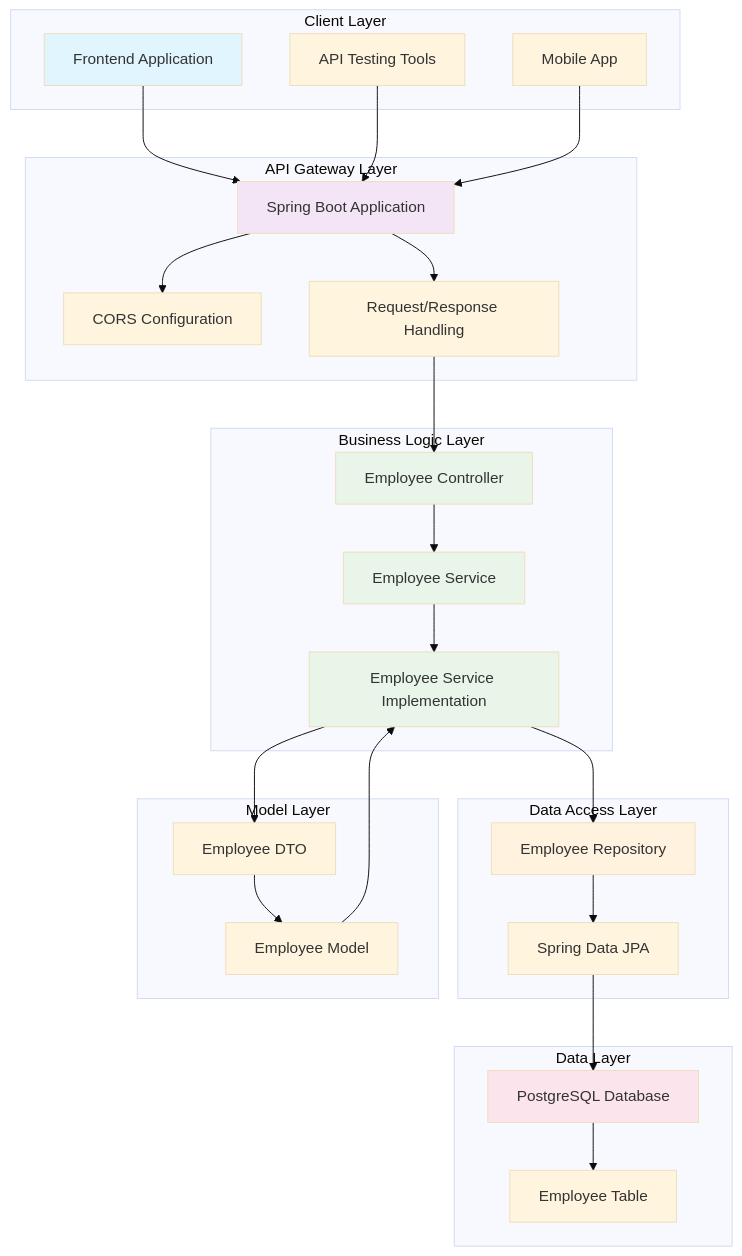
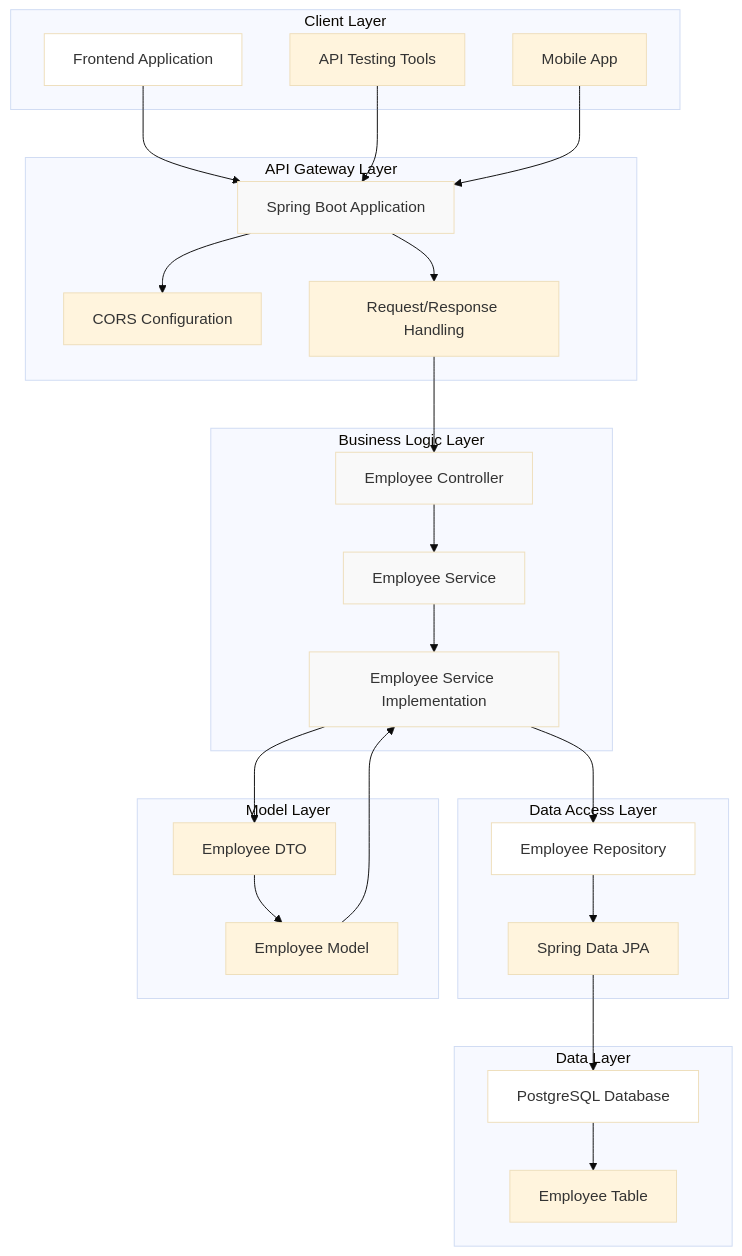
One commit to pulkitagg17/Employee-Management-System changed the first of 2 diagrams in README.md. Above: the diagram before and after it, drawn with Mermaid (base theme).

````diff
--- a/README.md
+++ b/README.md
@@ -7,59 +7,59 @@
 ```mermaid
 graph TB
     subgraph "Client Layer"
         A[Frontend Application]
         B[API Testing Tools]
         C[Mobile App]
     end
     
     subgraph "API Gateway Layer"
         D[Spring Boot Application]
         E[CORS Configuration]
         F[Request/Response Handling]
     end
     
     subgraph "Business Logic Layer"
         G[Employee Controller]
         H[Employee Service]
         I[Employee Service Implementation]
     end
     
     subgraph "Data Access Layer"
         J[Employee Repository]
         K[Spring Data JPA]
     end
     
     subgraph "Data Layer"
         L[PostgreSQL Database]
         M[Employee Table]
     end
     
     subgraph "Model Layer"
         N[Employee DTO]
         O[Employee Model]
     end
     
     A --> D
     B --> D
     C --> D
     D --> E
     D --> F
     F --> G
     G --> H
     H --> I
     I --> J
     J --> K
     K --> L
     L --> M
     I --> N
     N --> O
     O --> I
     
-    style A fill:#e1f5fe
-    style D fill:#f3e5f5
-    style G fill:#e8f5e8
-    style H fill:#e8f5e8
-    style I fill:#e8f5e8
-    style J fill:#fff3e0
-    style L fill:#fce4ec
+    style A fill:#ffffff
+    style D fill:#f9f9f9
+    style G fill:#f9f9f9
+    style H fill:#f9f9f9
+    style I fill:#f9f9f9
+    style J fill:#ffffff
+    style L fill:#ffffff
 ```
````
